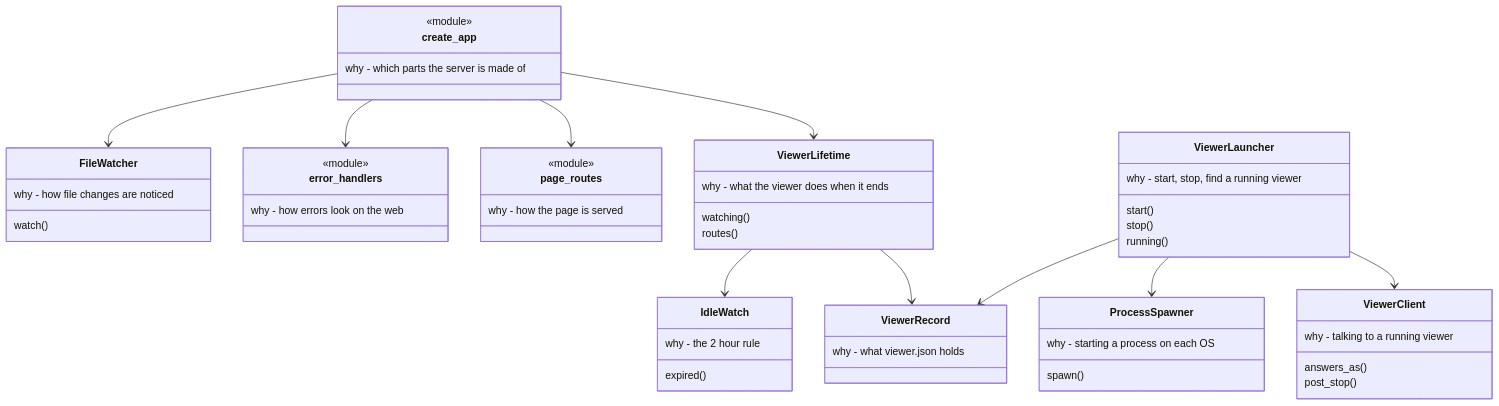
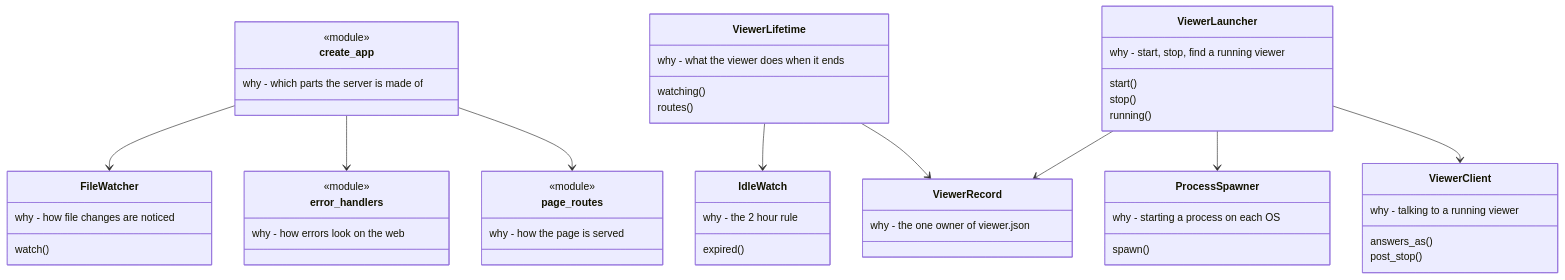
One commit to Selimmo/claude-workbench changed the fifth of 8 diagrams in docs/architecture-refactor.md. Above: the diagram before and after it, drawn with Mermaid. The commit also changed other lines of this file and 22 other files, not shown here.

````diff
--- a/docs/architecture-refactor.md
+++ b/docs/architecture-refactor.md
@@ -324,56 +324,55 @@
 ```mermaid
 classDiagram
   direction TB
   class create_app {
     <<module>>
     why - which parts the server is made of
   }
   class FileWatcher {
     why - how file changes are noticed
     watch()
   }
   class error_handlers {
     <<module>>
     why - how errors look on the web
   }
   class page_routes {
     <<module>>
     why - how the page is served
   }
   class IdleWatch {
     why - the 2 hour rule
     expired()
   }
   class ViewerLifetime {
     why - what the viewer does when it ends
     watching()
     routes()
   }
   class ViewerLauncher {
     why - start, stop, find a running viewer
     start()
     stop()
     running()
   }
   class ViewerRecord {
-    why - what viewer.json holds
+    why - the one owner of viewer.json
   }
   class ProcessSpawner {
     why - starting a process on each OS
     spawn()
   }
   class ViewerClient {
     why - talking to a running viewer
     answers_as()
     post_stop()
   }
   create_app --> FileWatcher
   create_app --> error_handlers
   create_app --> page_routes
-  create_app --> ViewerLifetime
   ViewerLifetime --> IdleWatch
   ViewerLifetime --> ViewerRecord
   ViewerLauncher --> ViewerRecord
   ViewerLauncher --> ProcessSpawner
   ViewerLauncher --> ViewerClient
 ```
````
